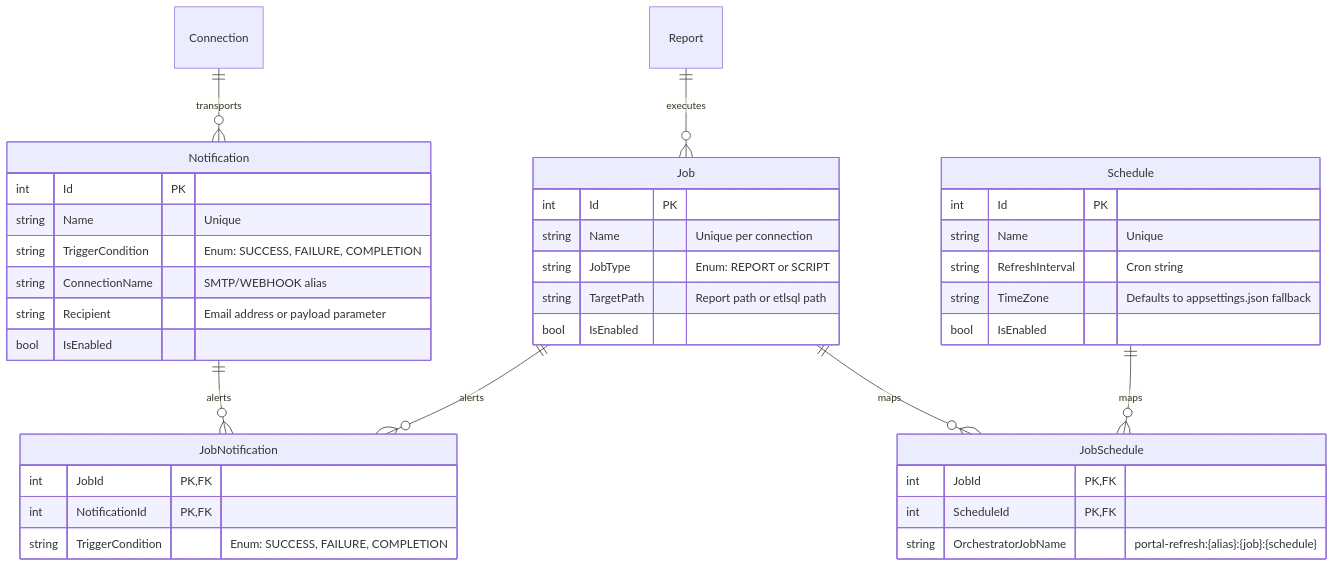
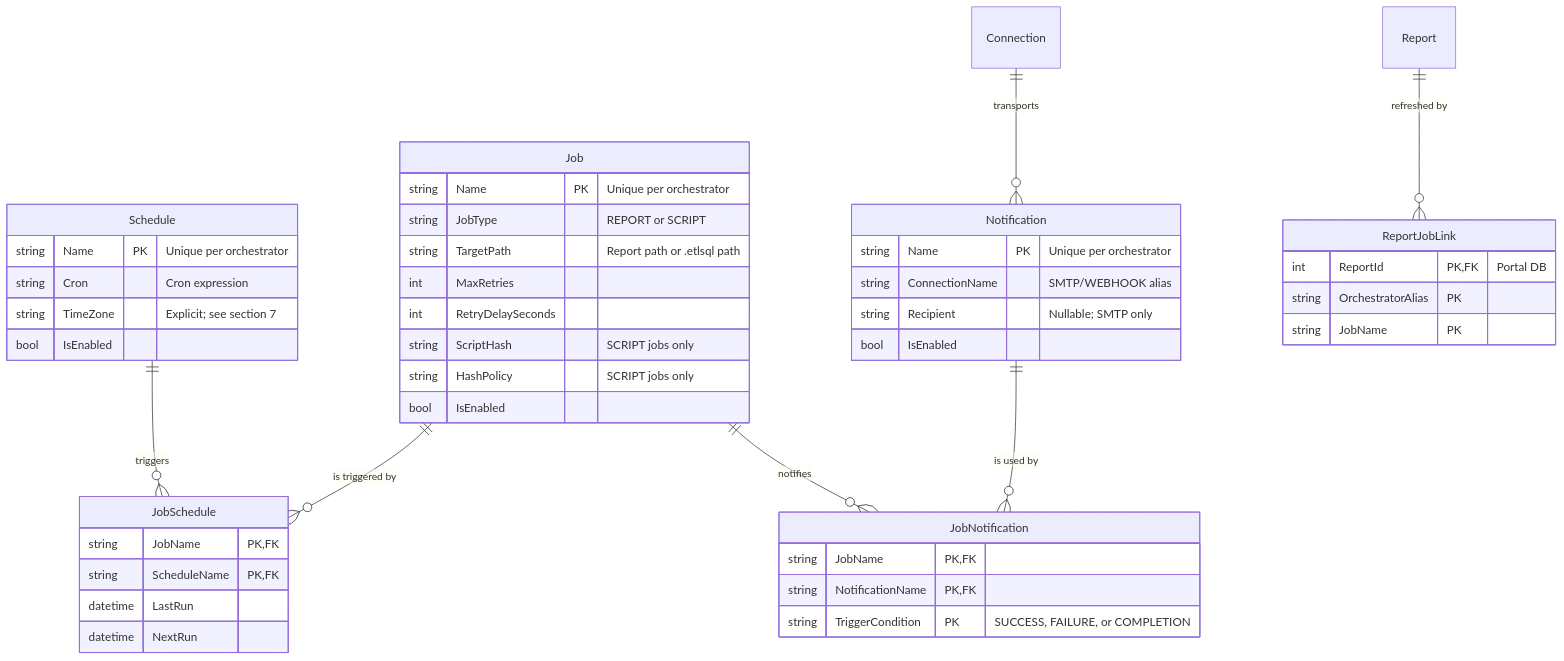
The diagram in docs/architecture/decisions/job_schedule_notification.md (etl-sql/ETL-SQL), drawn with Mermaid before and after one commit. The commit also changed other lines of this file and 1 other file, not shown here.

First line of the commit message:
docs: fold the job/schedule/notification decisions into the spec

````diff
--- a/docs/architecture/decisions/job_schedule_notification.md
+++ b/docs/architecture/decisions/job_schedule_notification.md
@@ -27,46 +73,53 @@
 ```mermaid
 erDiagram
+    Schedule ||--o{ JobSchedule : triggers
+    Job ||--o{ JobSchedule : "is triggered by"
+    Job ||--o{ JobNotification : notifies
+    Notification ||--o{ JobNotification : "is used by"
     Connection ||--o{ Notification : transports
-    Report ||--o{ Job : executes
-    Job ||--o{ JobSchedule : maps
-    Schedule ||--o{ JobSchedule : maps
-    Job ||--o{ JobNotification : alerts
-    Notification ||--o{ JobNotification : alerts
+    Report ||--o{ ReportJobLink : "refreshed by"
 
     Job {
-        int Id PK
-        string Name "Unique per connection"
-        string JobType "Enum: REPORT or SCRIPT"
-        string TargetPath "Report path or etlsql path"
+        string Name PK "Unique per orchestrator"
+        string JobType "REPORT or SCRIPT"
+        string TargetPath "Report path or .etlsql path"
+        int MaxRetries
+        int RetryDelaySeconds
+        string ScriptHash "SCRIPT jobs only"
+        string HashPolicy "SCRIPT jobs only"
         bool IsEnabled
     }
 
     Schedule {
-        int Id PK
-        string Name "Unique"
-        string RefreshInterval "Cron string"
-        string TimeZone "Defaults to appsettings.json fallback"
+        string Name PK "Unique per orchestrator"
+        string Cron "Cron expression"
+        string TimeZone "Explicit; see section 7"
         bool IsEnabled
     }
 
     Notification {
-        int Id PK
-        string Name "Unique"
-        string TriggerCondition "Enum: SUCCESS, FAILURE, COMPLETION"
+        string Name PK "Unique per orchestrator"
         string ConnectionName "SMTP/WEBHOOK alias"
-        string Recipient "Email address or payload parameter"
+        string Recipient "Nullable; SMTP only"
         bool IsEnabled
     }
 
     JobSchedule {
-        int JobId PK, FK
-        int ScheduleId PK, FK
-        string OrchestratorJobName "portal-refresh:{alias}:{job}:{schedule}"
+        string JobName PK, FK
+        string ScheduleName PK, FK
+        datetime LastRun
+        datetime NextRun
     }
 
     JobNotification {
-        int JobId PK, FK
-        int NotificationId PK, FK
-        string TriggerCondition "Enum: SUCCESS, FAILURE, COMPLETION"
+        string JobName PK, FK
+        string NotificationName PK, FK
+        string TriggerCondition PK "SUCCESS, FAILURE, or COMPLETION"
+    }
+
+    ReportJobLink {
+        int ReportId PK, FK "Portal DB"
+        string OrchestratorAlias PK
+        string JobName PK
     }
 ```
````
